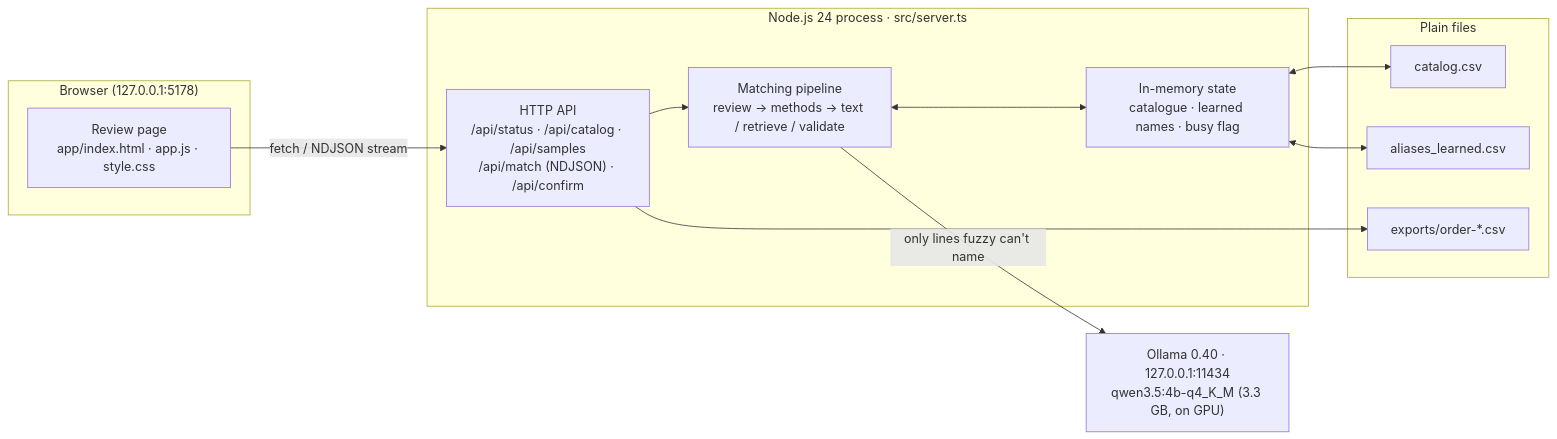
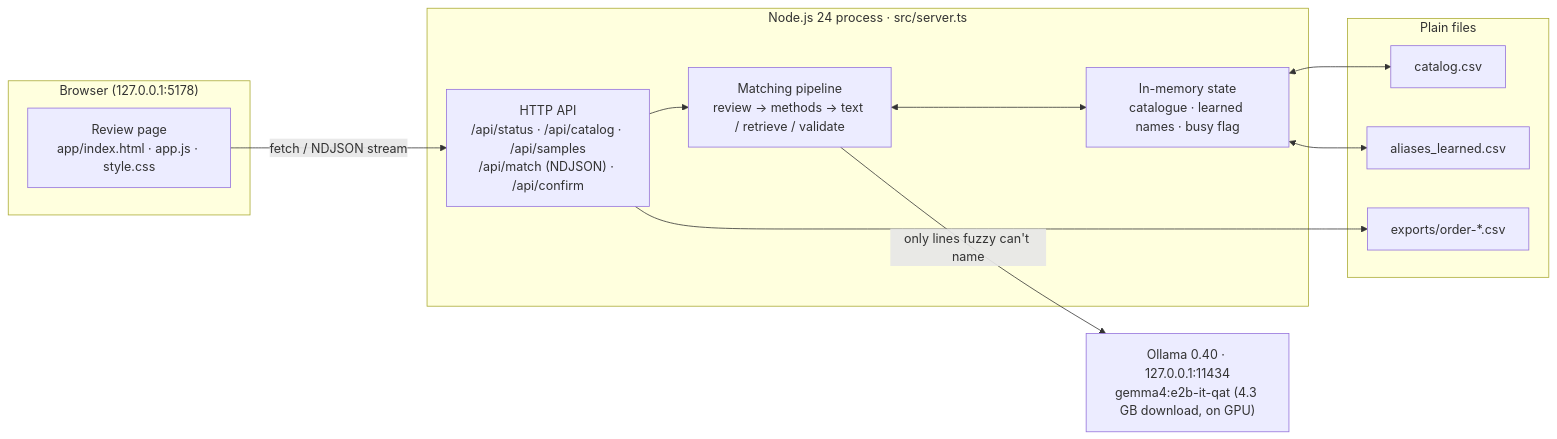
One commit to bipul724/parchimatch changed the first of 3 diagrams in docs/ARCHITECTURE.md. Above: the diagram before and after it, drawn with Mermaid. The commit also changed other lines of this file and 10 other files, not shown here.

````diff
--- a/docs/ARCHITECTURE.md
+++ b/docs/ARCHITECTURE.md
@@ -7,25 +7,25 @@
 ```mermaid
 flowchart LR
   subgraph Browser["Browser (127.0.0.1:5178)"]
     UI["Review page<br/>app/index.html · app.js · style.css"]
   end
   subgraph Node["Node.js 24 process · src/server.ts"]
     API["HTTP API<br/>/api/status · /api/catalog · /api/samples<br/>/api/match (NDJSON) · /api/confirm"]
     PIPE["Matching pipeline<br/>review → methods → text / retrieve / validate"]
     MEM["In-memory state<br/>catalogue · learned names · busy flag"]
   end
   subgraph Disk["Plain files"]
     CAT["catalog.csv"]
     LRN["aliases_learned.csv"]
     EXP["exports/order-*.csv"]
   end
-  OLL["Ollama 0.40 · 127.0.0.1:11434<br/>qwen3.5:4b-q4_K_M (3.3 GB, on GPU)"]
+  OLL["Ollama 0.40 · 127.0.0.1:11434<br/>gemma4:e2b-it-qat (4.3 GB download, on GPU)"]
 
   UI -- fetch / NDJSON stream --> API
   API --> PIPE
   PIPE <--> MEM
   PIPE -- "only lines fuzzy can't name" --> OLL
   MEM <--> CAT
   MEM <--> LRN
   API --> EXP
 ```
````
